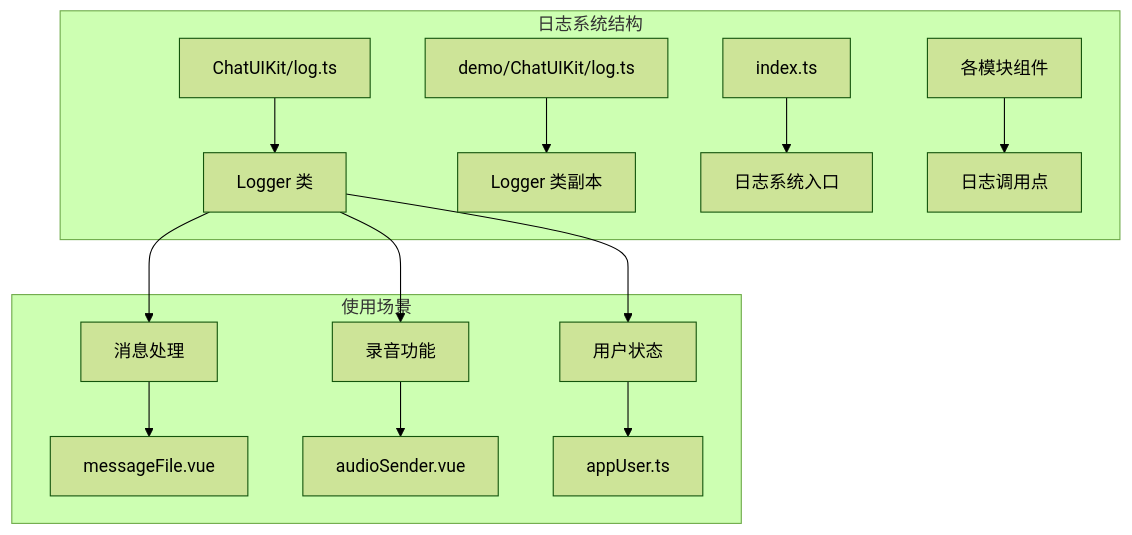
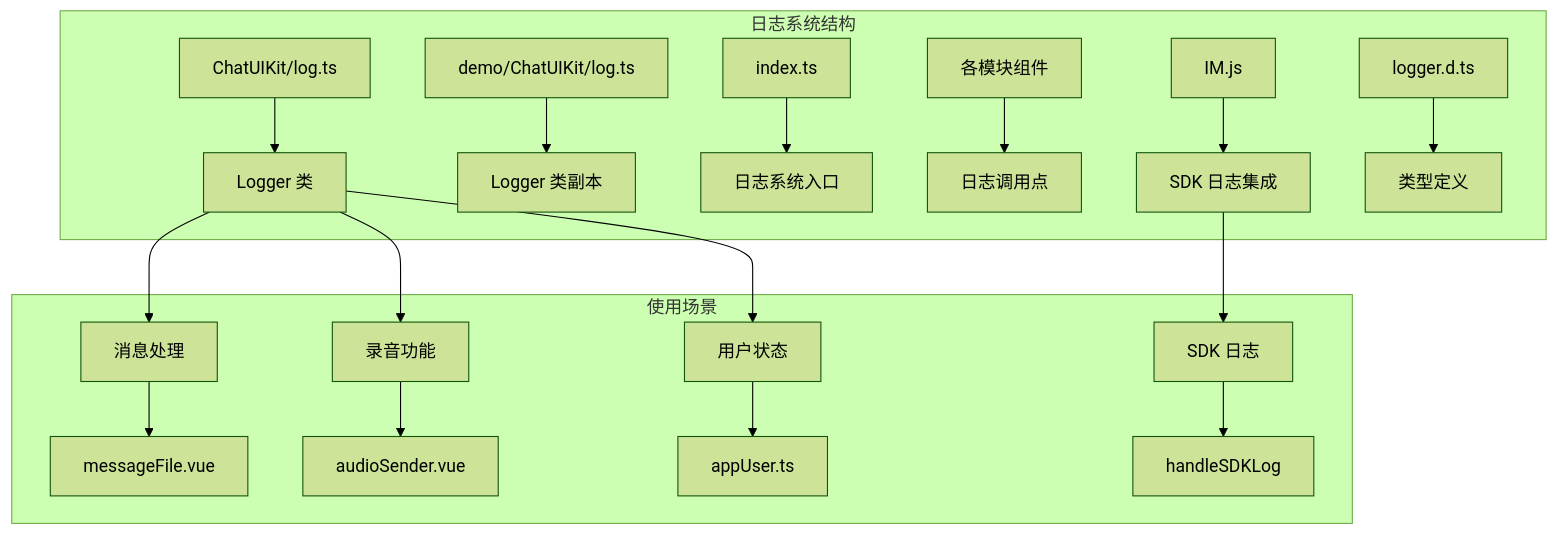
One commit to Easemob-Community/easemob-uikit-uniapp-community changed the first of 9 diagrams in .qoder/repowiki/zh/content/核心架构/日志系统/日志系统.md. Above: the diagram before and after it, drawn with Mermaid (forest theme). The commit also changed other lines of this file and 4 other files, not shown here.

````diff
--- a/.qoder/repowiki/zh/content/核心架构/日志系统/日志系统.md
+++ b/.qoder/repowiki/zh/content/核心架构/日志系统/日志系统.md
@@ -37,17 +51,21 @@
 ```mermaid
 graph TB
 subgraph "日志系统结构"
 A[ChatUIKit/log.ts] --> B[Logger 类]
 C[demo/ChatUIKit/log.ts] --> D[Logger 类副本]
 E[index.ts] --> F[日志系统入口]
 G[各模块组件] --> H[日志调用点]
+I[IM.js] --> J[SDK 日志集成]
+K[logger.d.ts] --> L[类型定义]
 end
 subgraph "使用场景"
-I[消息处理] --> J[messageFile.vue]
-K[录音功能] --> L[audioSender.vue]
-M[用户状态] --> N[appUser.ts]
+M[消息处理] --> N[messageFile.vue]
+O[录音功能] --> P[audioSender.vue]
+Q[用户状态] --> R[appUser.ts]
+S[SDK 日志] --> T[handleSDKLog]
 end
-B --> I
-B --> K
 B --> M
+B --> O
+B --> Q
+J --> S
 ```
````
